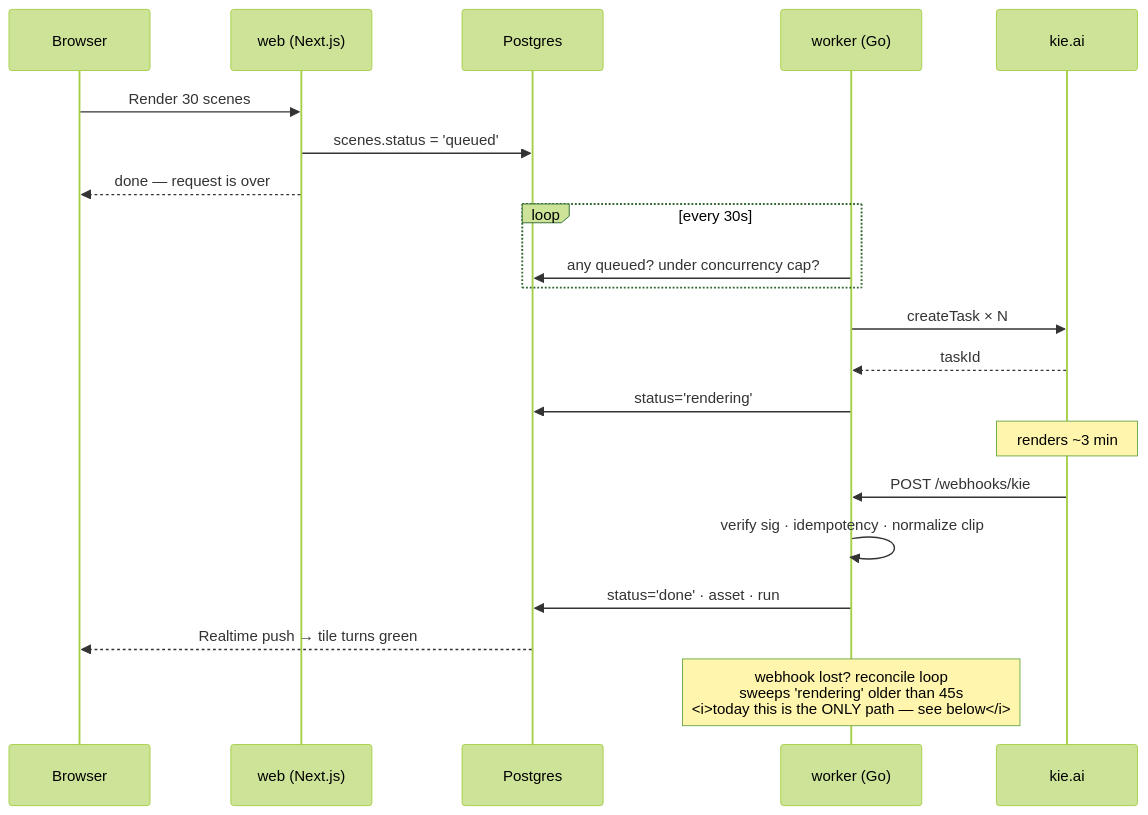
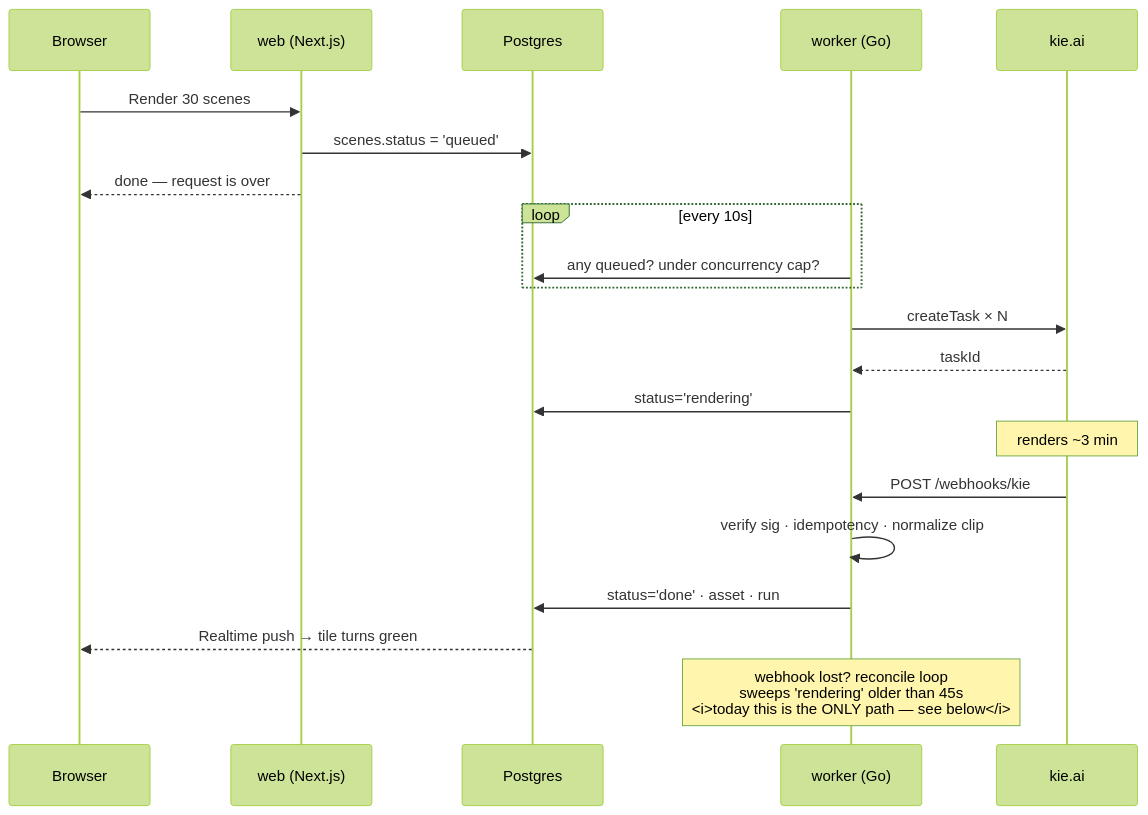
One commit to kvbengo-ops/Mason-Studios- changed the second of 2 diagrams in README.md. Above: the diagram before and after it, drawn with Mermaid (forest theme). The commit also changed other lines of this file and 1 other file, not shown here.

````diff
--- a/README.md
+++ b/README.md
@@ -78,28 +83,28 @@
 ```mermaid
 sequenceDiagram
     participant U as Browser
     participant W as web (Next.js)
     participant D as Postgres
     participant G as worker (Go)
     participant K as kie.ai
 
     U->>W: Render 30 scenes
     W->>D: scenes.status = 'queued'
     W-->>U: done — request is over
 
-    loop every 30s
+    loop every 10s
         G->>D: any queued? under concurrency cap?
     end
     G->>K: createTask × N
     K-->>G: taskId
     G->>D: status='rendering'
 
     Note over K: renders ~3 min
 
     K->>G: POST /webhooks/kie
     G->>G: verify sig · idempotency · normalize clip
     G->>D: status='done' · asset · run
     D-->>U: Realtime push → tile turns green
 
     Note over G: webhook lost? reconcile loop<br/>sweeps 'rendering' older than 45s<br/><i>today this is the ONLY path — see below</i>
 ```
````
